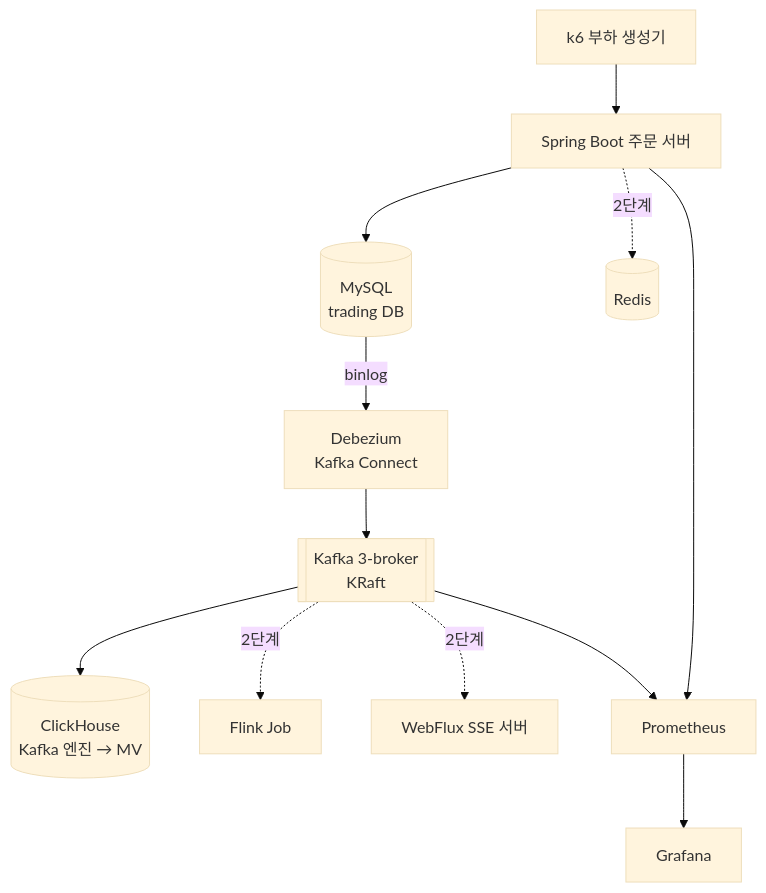
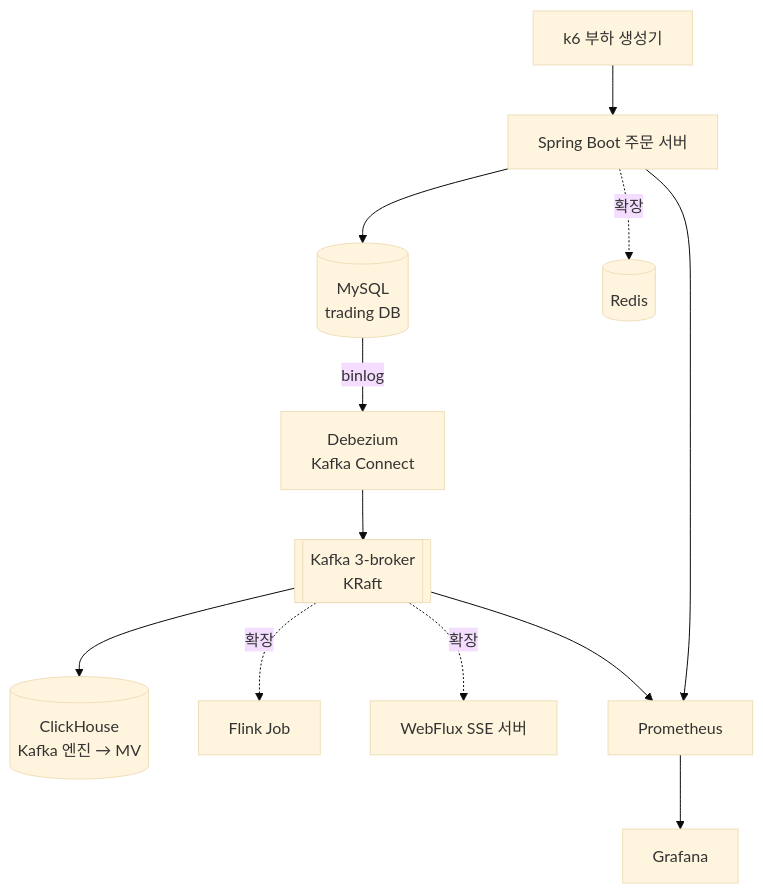
The diagram in docs/ARCHITECTURE.md (hayeon7898/mini-trading-platform), drawn with Mermaid (base theme) before and after one commit. The commit also changed other lines of this file and 5 other files, not shown here.

````diff
--- a/docs/ARCHITECTURE.md
+++ b/docs/ARCHITECTURE.md
@@ -18,14 +16,14 @@
 ```mermaid
 flowchart TD
     K6[k6 부하 생성기] --> OS[Spring Boot 주문 서버]
     OS --> MY[(MySQL<br/>trading DB)]
     MY -- binlog --> DBZ[Debezium<br/>Kafka Connect]
     DBZ --> KF[[Kafka 3-broker<br/>KRaft]]
     KF --> CH[(ClickHouse<br/>Kafka 엔진 → MV)]
-    KF -.2단계.-> FL[Flink Job]
-    KF -.2단계.-> SSE[WebFlux SSE 서버]
-    OS -.2단계.-> RD[(Redis)]
+    KF -.확장.-> FL[Flink Job]
+    KF -.확장.-> SSE[WebFlux SSE 서버]
+    OS -.확장.-> RD[(Redis)]
     PR[Prometheus] --> GF[Grafana]
     KF --> PR
     OS --> PR
 ```
````
